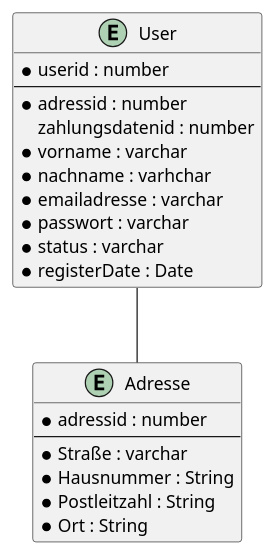
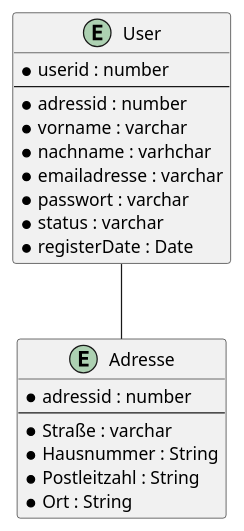
One commit to gflachs/MAS_Project changed the diagram in Fachliche Beschreibung/plantuml/User.puml. Above: the diagram before and after it, drawn with PlantUML. The commit also changed 12 other files, not shown here.

```diff
--- a/Fachliche Beschreibung/plantuml/User.puml
+++ b/Fachliche Beschreibung/plantuml/User.puml
@@ -1,27 +1,26 @@
 @startuml User
 
 entity User{
     * userid : number
     --
     * adressid : number
-    zahlungsdatenid : number
     * vorname : varchar
     * nachname : varhchar
     * emailadresse : varchar
     * passwort : varchar
     * status : varchar
     * registerDate : Date
 }
 
 entity Adresse{
     * adressid : number
     --
     * Straße : varchar
     * Hausnummer : String
     * Postleitzahl : String
     * Ort : String
 }
 
 User -- Adresse
 
 @enduml
```
